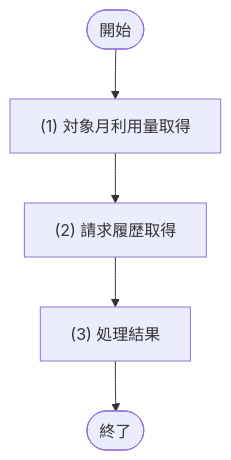
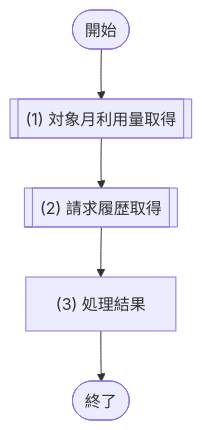
The fifth of 6 diagrams in docs/03_機能設計/05_モジュール設計/MOD-007_課金サービス.md (sikakou54/system-document-template), drawn with Mermaid before and after one commit. The commit also changed other lines of this file and 28 other files, not shown here.

````diff
--- a/docs/03_機能設計/05_モジュール設計/MOD-007_課金サービス.md
+++ b/docs/03_機能設計/05_モジュール設計/MOD-007_課金サービス.md
@@ -598,10 +598,10 @@
 ```mermaid
 flowchart TD
   Start([開始])
-  P1["(1) 対象月利用量取得"]
-  P2["(2) 請求履歴取得"]
+  P1[["(1) 対象月利用量取得"]]
+  P2[["(2) 請求履歴取得"]]
   P3["(3) 処理結果"]
   End([終了])
 
   Start --> P1 --> P2 --> P3 --> End
 ```
````
